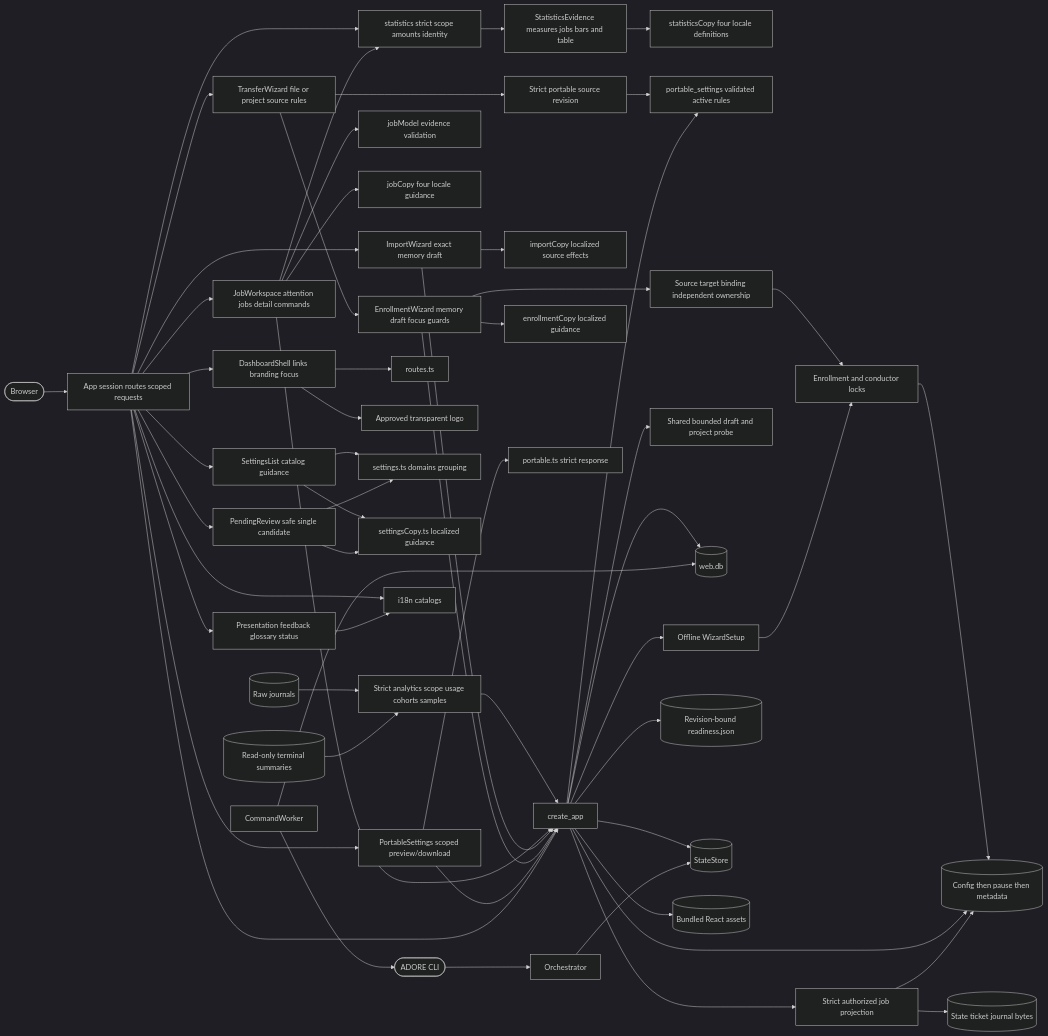
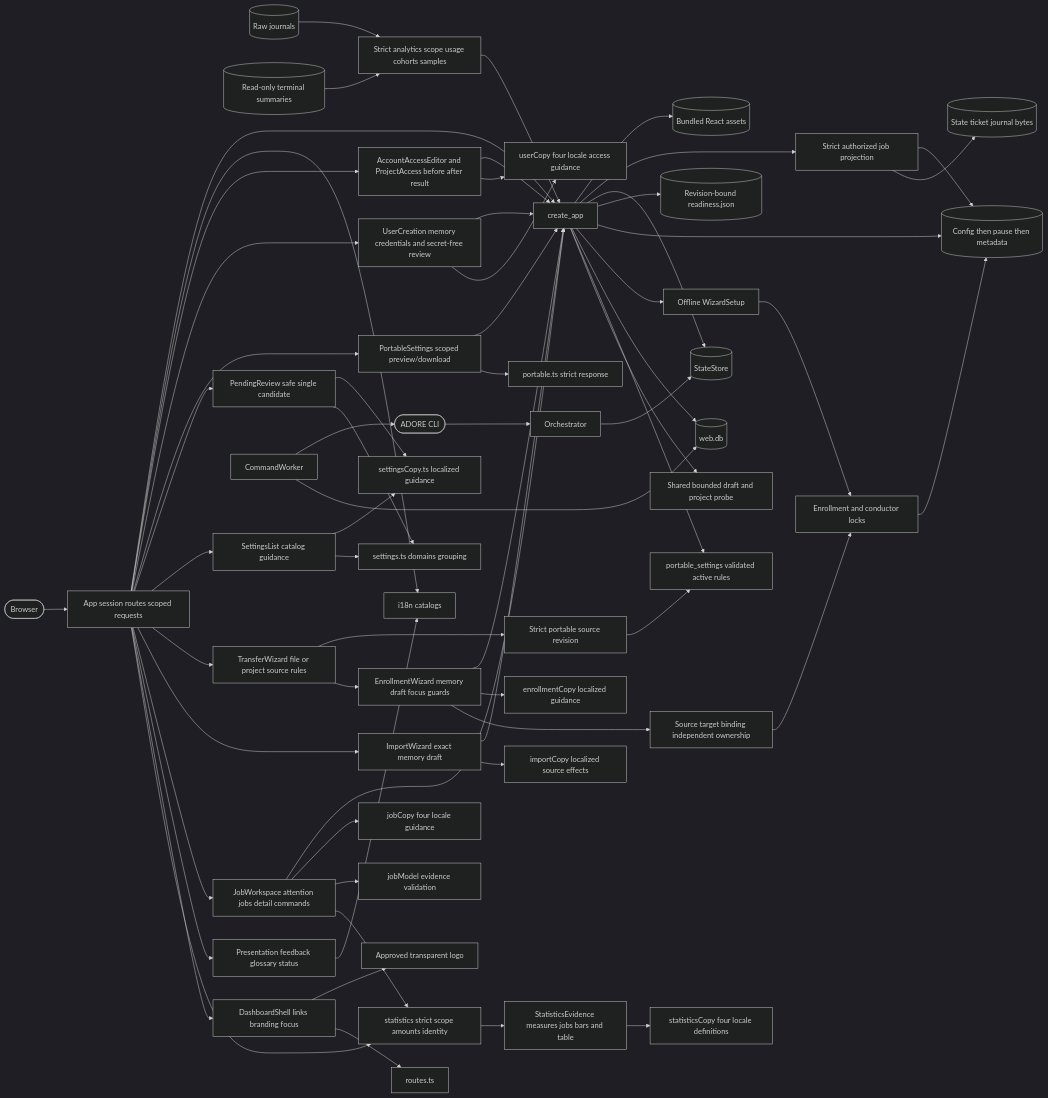
Before and after one commit to DDP-Engineering/AgenticDeliveryOrchestratorRuntimeEngine: the diagram in .agentic/knowledge/web-interface.md, drawn with Mermaid (dark theme). The commit also changed other lines of this file and 32 other files, not shown here.

First line of the commit message:
feat(web): create reviewed users with atomic project access

````diff
--- a/.agentic/knowledge/web-interface.md
+++ b/.agentic/knowledge/web-interface.md
@@ -420,59 +433,65 @@
 ```mermaid
 flowchart LR
     browser([Browser]) --> App[App session routes scoped requests]
     Journals[(Raw journals)] --> Analytics[Strict analytics scope usage cohorts samples]
     Summaries[(Read-only terminal summaries)] --> Analytics
     Analytics --> api
     App --> StatisticsReader[statistics strict scope amounts identity]
     JobWorkspace --> StatisticsReader
     StatisticsReader --> Evidence[StatisticsEvidence measures jobs bars and table]
     Evidence --> StatisticsCopy[statisticsCopy four locale definitions]
     App --> DashboardShell[DashboardShell links branding focus]
     App --> Presentation[Presentation feedback glossary status]
     App --> JobWorkspace[JobWorkspace attention jobs detail commands]
     JobWorkspace --> jobModel[jobModel evidence validation]
     JobWorkspace --> jobCopy[jobCopy four locale guidance]
     JobWorkspace --> api
     App --> ImportWizard[ImportWizard exact memory draft]
     ImportWizard --> importCopy[importCopy localized source effects]
     ImportWizard --> api
     App --> TransferWizard[TransferWizard file or project source rules]
     TransferWizard --> EnrollmentWizard[EnrollmentWizard memory draft focus guards]
     TransferWizard --> transferSource[Strict portable source revision]
     transferSource --> portableSource
     EnrollmentWizard --> transferTarget[Source target binding independent ownership]
     transferTarget --> publication
     EnrollmentWizard --> enrollmentCopy[enrollmentCopy localized guidance]
     EnrollmentWizard --> api
     api --> draftProbe[Shared bounded draft and project probe]
     DashboardShell --> routes[routes.ts]
     DashboardShell --> logo[Approved transparent logo]
     App --> SettingsList[SettingsList catalog guidance]
     App --> PendingReview[PendingReview safe single candidate]
     SettingsList --> settings[settings.ts domains grouping]
     PendingReview --> settings
     SettingsList --> settingsCopy[settingsCopy.ts localized guidance]
     PendingReview --> settingsCopy
     App --> PortableSettings[PortableSettings scoped preview/download]
     PortableSettings --> portable[portable.ts strict response]
     PortableSettings --> api
     api --> portableSource[portable_settings validated active rules]
+    App --> UserCreation[UserCreation memory credentials and secret-free review]
+    App --> AccessReview[AccountAccessEditor and ProjectAccess before after result]
+    UserCreation --> userCopy[userCopy four locale access guidance]
+    AccessReview --> userCopy
+    UserCreation --> api
+    AccessReview --> api
     App --> i18n[i18n catalogs]
     Presentation --> i18n
     App --> api[create_app]
     api --> identity[(web.db)]
     api --> preparation[Offline WizardSetup]
     preparation --> publication[Enrollment and conductor locks]
     publication --> profiles[(Config then pause then metadata)]
     api --> profiles
     api --> verification[(Revision-bound readiness.json)]
     api --> state[(StateStore)]
     api --> jobs[Strict authorized job projection]
     jobs --> sources[(State ticket journal bytes)]
     jobs --> profiles
     api --> assets[(Bundled React assets)]
     worker[CommandWorker] --> identity
     worker --> cli([ADORE CLI])
     cli --> conductor[Orchestrator]
     conductor --> state
 ```
````
